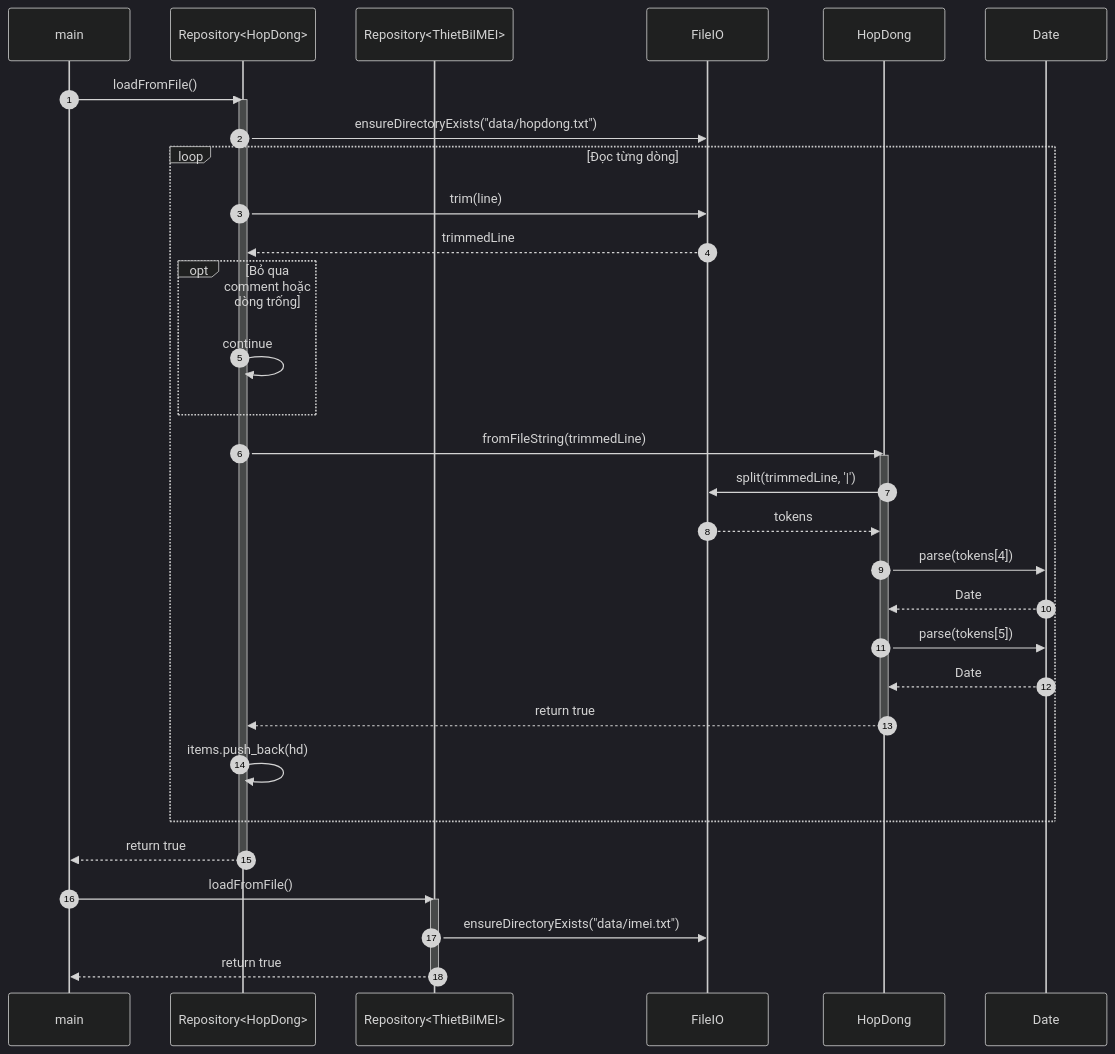
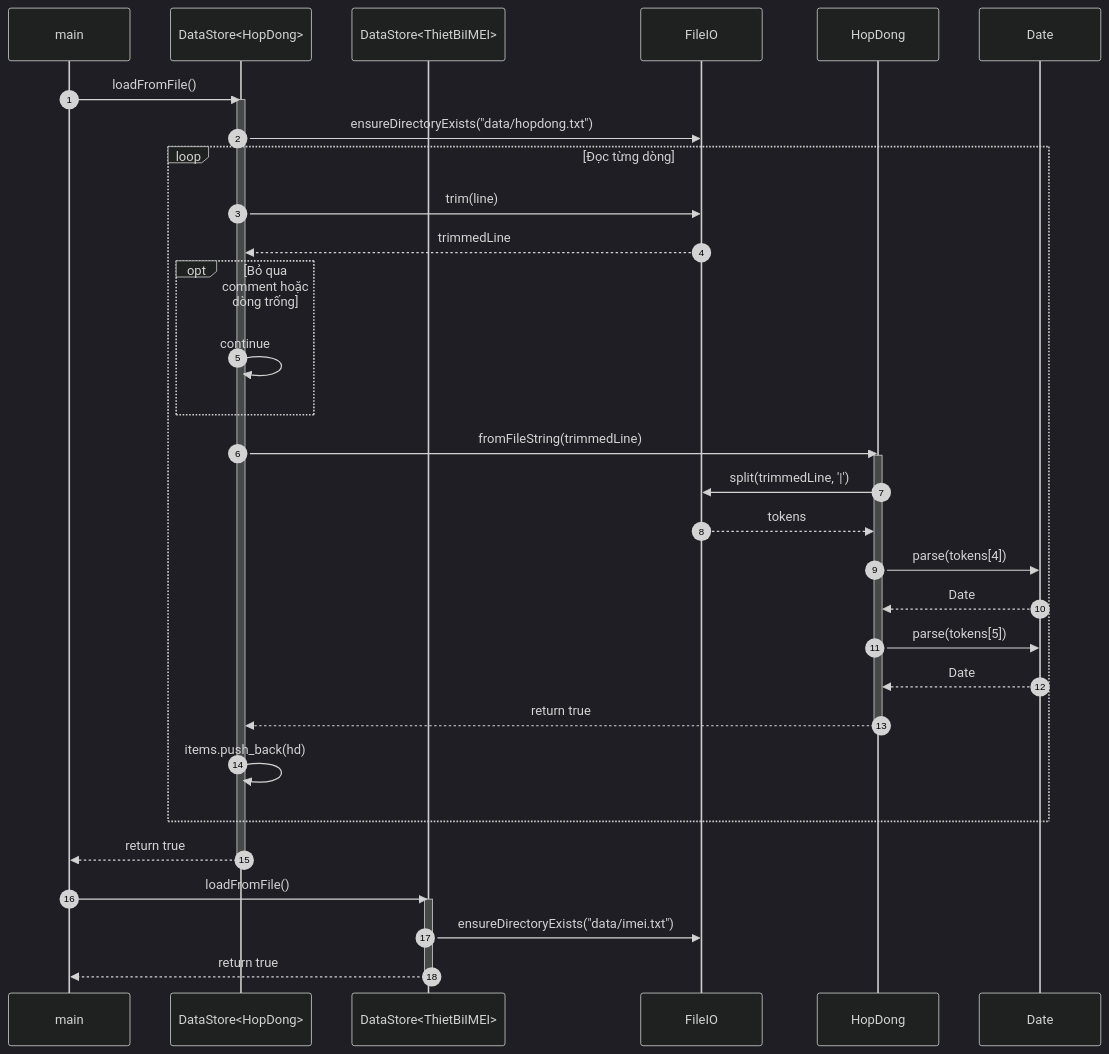
Before and after one commit to vgbn2/BTL_KTLT: the second of 6 diagrams in docs/Operational/FUNCTION_CALLFLOW_SPEC.md, drawn with Mermaid (dark theme). The commit also changed other lines of this file and 20 other files, not shown here.

````diff
--- a/docs/Operational/FUNCTION_CALLFLOW_SPEC.md
+++ b/docs/Operational/FUNCTION_CALLFLOW_SPEC.md
@@ -88,40 +88,40 @@
 ```mermaid
 sequenceDiagram
     autonumber
     participant Main as main
-    participant RepoHD as Repository<HopDong>
-    participant RepoIMEI as Repository<ThietBiIMEI>
+    participant RepoHD as DataStore<HopDong>
+    participant RepoIMEI as DataStore<ThietBiIMEI>
     participant FileIO as FileIO
     participant HD as HopDong
     participant DateMod as Date
 
     Main->>RepoHD: loadFromFile()
     activate RepoHD
     RepoHD->>FileIO: ensureDirectoryExists("data/hopdong.txt")
     loop Đọc từng dòng
         RepoHD->>FileIO: trim(line)
         FileIO-->>RepoHD: trimmedLine
         opt Bỏ qua comment hoặc dòng trống
             RepoHD->>RepoHD: continue
         end
         RepoHD->>HD: fromFileString(trimmedLine)
         activate HD
         HD->>FileIO: split(trimmedLine, '|')
         FileIO-->>HD: tokens
         HD->>DateMod: parse(tokens[4])
         DateMod-->>HD: Date
         HD->>DateMod: parse(tokens[5])
         DateMod-->>HD: Date
         HD-->>RepoHD: return true
         deactivate HD
         RepoHD->>RepoHD: items.push_back(hd)
     end
     RepoHD-->>Main: return true
     deactivate RepoHD
 
     Main->>RepoIMEI: loadFromFile()
     activate RepoIMEI
     RepoIMEI->>FileIO: ensureDirectoryExists("data/imei.txt")
     RepoIMEI-->>Main: return true
     deactivate RepoIMEI
 ```
````
